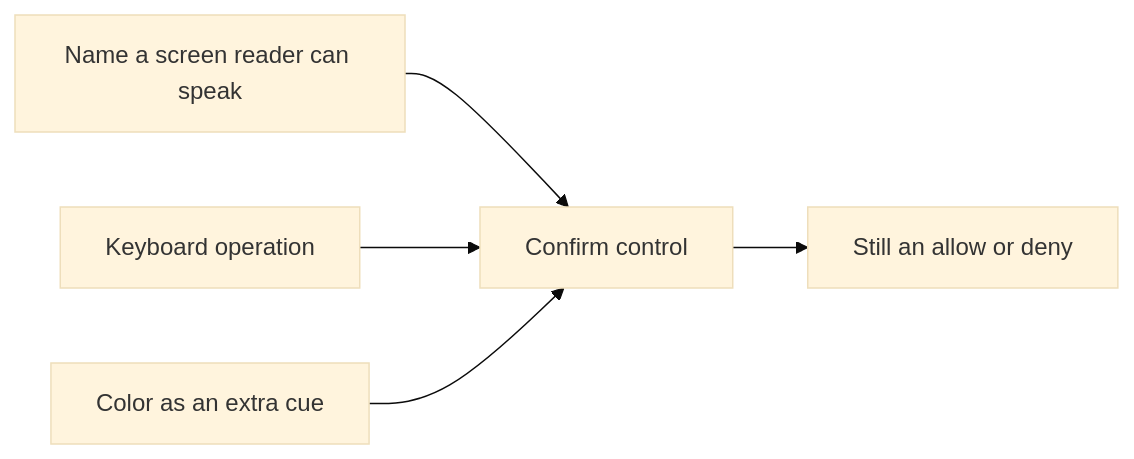
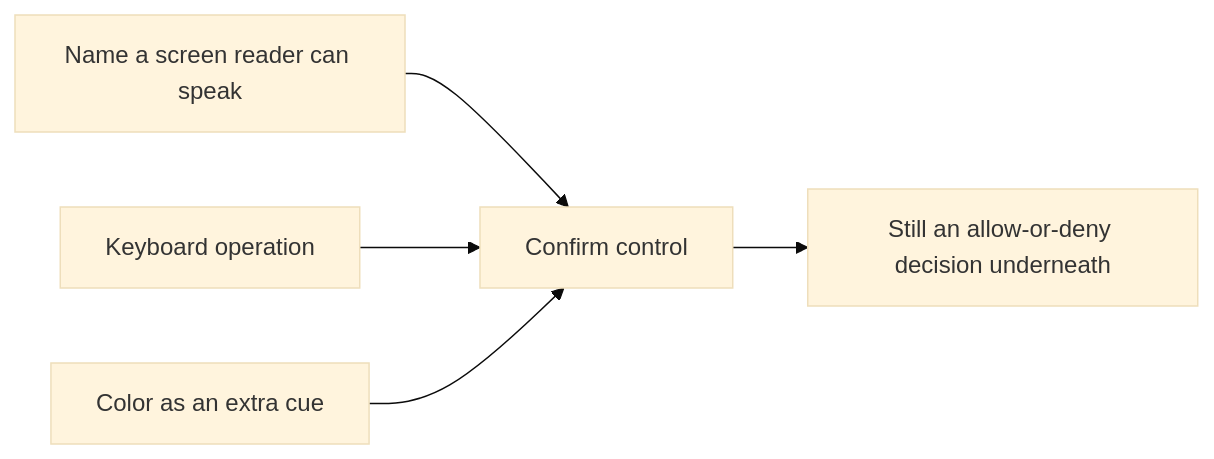
Before and after one commit to ishitvagoel/LearnSecurity: the diagram in content/modules/1/1.4/lessons/04-build.md, drawn with Mermaid (base theme). The commit also changed other lines of this file and 18 other files, not shown here.

````diff
--- a/content/modules/1/1.4/lessons/04-build.md
+++ b/content/modules/1/1.4/lessons/04-build.md
@@ -14,7 +14,7 @@
 ```mermaid
 flowchart LR
   Name[Name a screen reader can speak] --> Ctrl[Confirm control]
   Key[Keyboard operation] --> Ctrl
   Color[Color as an extra cue] --> Ctrl
-  Ctrl --> Decision[Still an allow or deny]
+  Ctrl --> Decision[Still an allow-or-deny decision underneath]
 ```
````
